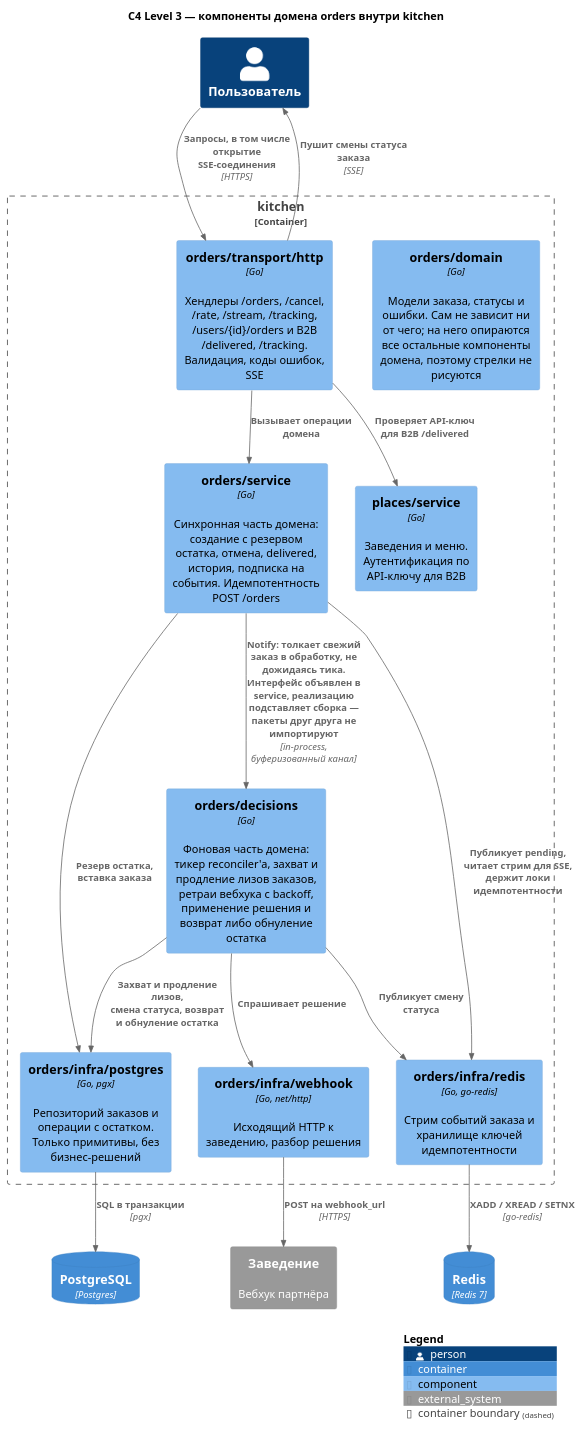
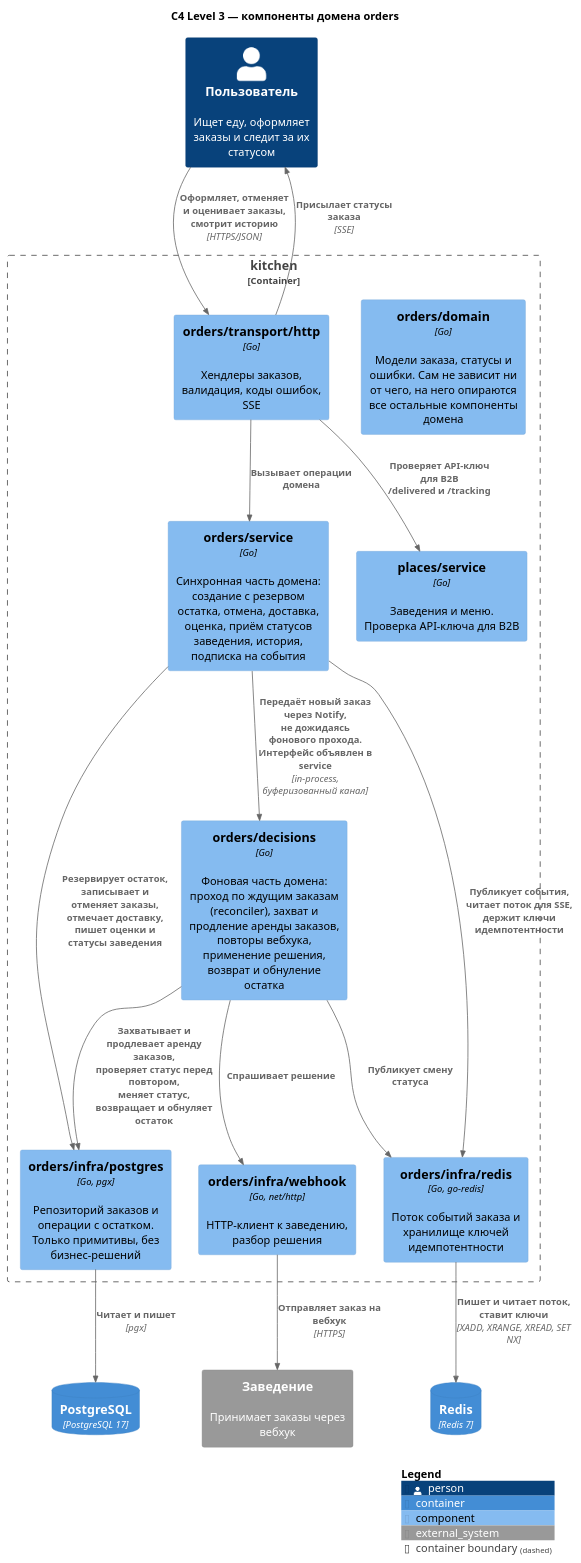
The diagram in docs/diagrams/c4-components-orders.puml (Krovenmor/avito-backend-trainee-assignment-autumn-2026), drawn with PlantUML before and after one commit. The commit also changed 31 other files, not shown here.

```diff
--- a/docs/diagrams/c4-components-orders.puml
+++ b/docs/diagrams/c4-components-orders.puml
@@ -1,45 +1,45 @@
 @startuml c4-components-orders
 !include <C4/C4_Component>
 
-title C4 Level 3 — компоненты домена orders внутри kitchen
+title C4 Level 3 — компоненты домена orders
 
-Person(user, "Пользователь")
-System_Ext(place, "Заведение", "Вебхук партнёра")
+Person(user, "Пользователь", "Ищет еду, оформляет заказы и следит за их статусом")
+System_Ext(place, "Заведение", "Принимает заказы через вебхук")
 
 Container_Boundary(kitchen, "kitchen") {
 
-    Component(domain, "orders/domain", "Go", "Модели заказа, статусы и ошибки. Сам не зависит ни от чего; на него опираются все остальные компоненты домена, поэтому стрелки не рисуются")
+    Component(domain, "orders/domain", "Go", "Модели заказа, статусы и ошибки. Сам не зависит ни от чего, на него опираются все остальные компоненты домена")
 
-    Component(transport, "orders/transport/http", "Go", "Хендлеры /orders, /cancel, /rate, /stream, /tracking, /users/{id}/orders и B2B /delivered, /tracking. Валидация, коды ошибок, SSE")
-    Component(service, "orders/service", "Go", "Синхронная часть домена: создание с резервом остатка, отмена, delivered, история, подписка на события. Идемпотентность POST /orders")
-    Component(decisions, "orders/decisions", "Go", "Фоновая часть домена: тикер reconciler'а, захват и продление лизов заказов, ретраи вебхука с backoff, применение решения и возврат либо обнуление остатка")
+    Component(transport, "orders/transport/http", "Go", "Хендлеры заказов, валидация, коды ошибок, SSE")
+    Component(service, "orders/service", "Go", "Синхронная часть домена: создание с резервом остатка, отмена, доставка, оценка, приём статусов заведения, история, подписка на события")
+    Component(decisions, "orders/decisions", "Go", "Фоновая часть домена: проход по ждущим заказам (reconciler), захват и продление аренды заказов, повторы вебхука, применение решения, возврат и обнуление остатка")
 
     Component(repo, "orders/infra/postgres", "Go, pgx", "Репозиторий заказов и операции с остатком. Только примитивы, без бизнес-решений")
-    Component(stream, "orders/infra/redis", "Go, go-redis", "Стрим событий заказа и хранилище ключей идемпотентности")
-    Component(webhook, "orders/infra/webhook", "Go, net/http", "Исходящий HTTP к заведению, разбор решения")
+    Component(stream, "orders/infra/redis", "Go, go-redis", "Поток событий заказа и хранилище ключей идемпотентности")
+    Component(webhook, "orders/infra/webhook", "Go, net/http", "HTTP-клиент к заведению, разбор решения")
 
-    Component(places, "places/service", "Go", "Заведения и меню. Аутентификация по API-ключу для B2B")
+    Component(places, "places/service", "Go", "Заведения и меню. Проверка API-ключа для B2B")
 }
 
-ContainerDb(pg, "PostgreSQL", "Postgres")
+ContainerDb(pg, "PostgreSQL", "PostgreSQL 17")
 ContainerDb(redis, "Redis", "Redis 7")
 
-Rel(user, transport, "Запросы, в том числе открытие SSE-соединения", "HTTPS")
-Rel_U(transport, user, "Пушит смены статуса заказа", "SSE")
+Rel(user, transport, "Оформляет, отменяет и оценивает заказы,\nсмотрит историю", "HTTPS/JSON")
+Rel_U(transport, user, "Присылает статусы заказа", "SSE")
 Rel(transport, service, "Вызывает операции домена")
-Rel(transport, places, "Проверяет API-ключ для B2B /delivered")
+Rel(transport, places, "Проверяет API-ключ для B2B\n/delivered и /tracking")
 
-Rel(service, decisions, "Notify: толкает свежий заказ в обработку, не дожидаясь тика.\nИнтерфейс объявлен в service, реализацию подставляет сборка —\nпакеты друг друга не импортируют", "in-process, буферизованный канал")
+Rel(service, decisions, "Передаёт новый заказ через Notify,\nне дожидаясь фонового прохода.\nИнтерфейс объявлен в service", "in-process, буферизованный канал")
 
-Rel(service, repo, "Резерв остатка, вставка заказа")
-Rel(service, stream, "Публикует pending, читает стрим для SSE,\nдержит локи идемпотентности")
-Rel(decisions, repo, "Захват и продление лизов,\nсмена статуса, возврат и обнуление остатка")
+Rel(service, repo, "Резервирует остаток, записывает и отменяет заказы,\nотмечает доставку, пишет оценки и статусы заведения")
+Rel(service, stream, "Публикует события, читает поток для SSE,\nдержит ключи идемпотентности")
+Rel(decisions, repo, "Захватывает и продлевает аренду заказов,\nпроверяет статус перед повтором,\nменяет статус, возвращает и обнуляет остаток")
 Rel(decisions, stream, "Публикует смену статуса")
 Rel(decisions, webhook, "Спрашивает решение")
 
-Rel(webhook, place, "POST на webhook_url", "HTTPS")
-Rel(repo, pg, "SQL в транзакции", "pgx")
-Rel(stream, redis, "XADD / XREAD / SETNX", "go-redis")
+Rel(webhook, place, "Отправляет заказ на вебхук", "HTTPS")
+Rel(repo, pg, "Читает и пишет", "pgx")
+Rel(stream, redis, "Пишет и читает поток, ставит ключи", "XADD, XRANGE, XREAD, SET NX")
 
 SHOW_LEGEND()
 @enduml
```
